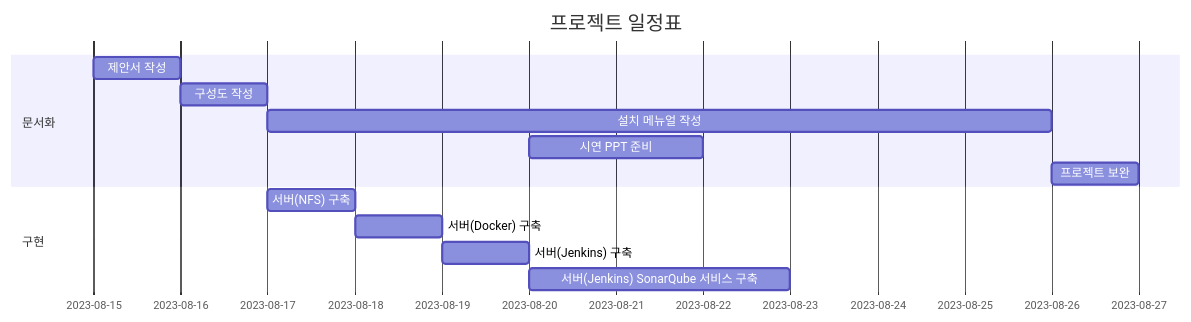
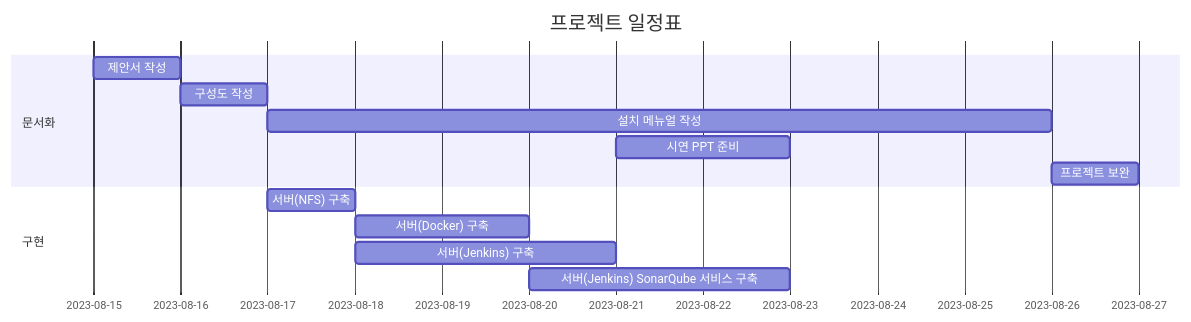
One commit to KimJeongHoon190/First_Project changed the diagram in README.md. Above: the diagram before and after it, drawn with Mermaid.

````diff
--- a/README.md
+++ b/README.md
@@ -3,17 +3,17 @@
 ```mermaid
 gantt
     title 프로젝트 일정표
     dateFormat  YYYY-MM-DD
     section 문서화
     제안서 작성  : a1, 2023-08-15, 1d
     구성도 작성  : after a1, 1d
     설치 메뉴얼 작성 : after a1, 2023-08-17, 9d
-    시연 PPT 준비 : after a1, 2023-08-20, 2d
+    시연 PPT 준비 : after a1, 2023-08-21, 2d
     프로젝트 보완 : after a1, 2023-08-26, 1d
 
     section 구현
     서버(NFS) 구축  : b1, 2023-08-17, 1d
-    서버(Docker) 구축: b2, 2023-08-18, 1d
-    서버(Jenkins) 구축 :after b2 , 1d
+    서버(Docker) 구축: b2, 2023-08-18, 2d
+    서버(Jenkins) 구축 :after b1, 3d
     서버(Jenkins) SonarQube 서비스 구축: b3, 2023-08-20, 3d
 ```
````
